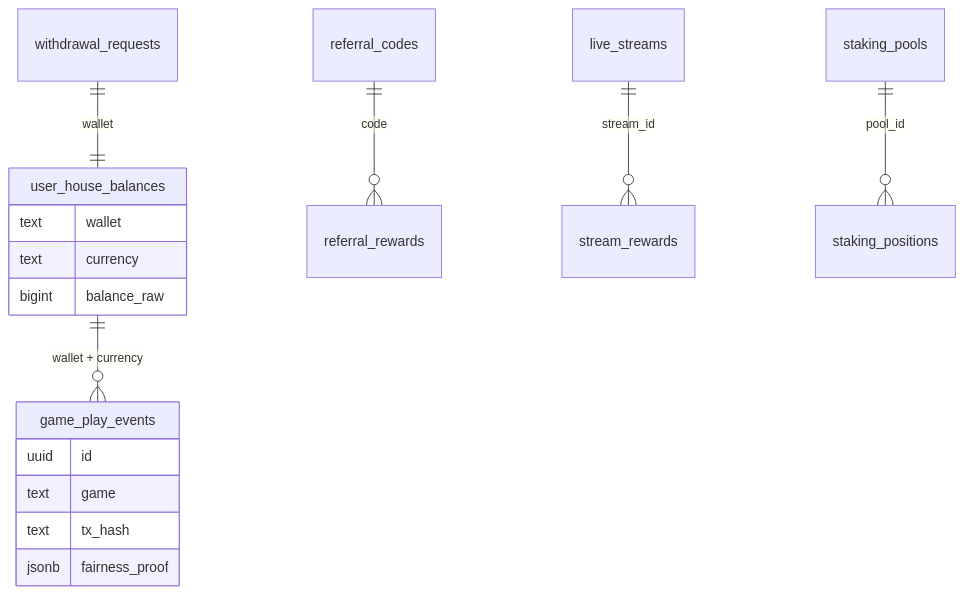
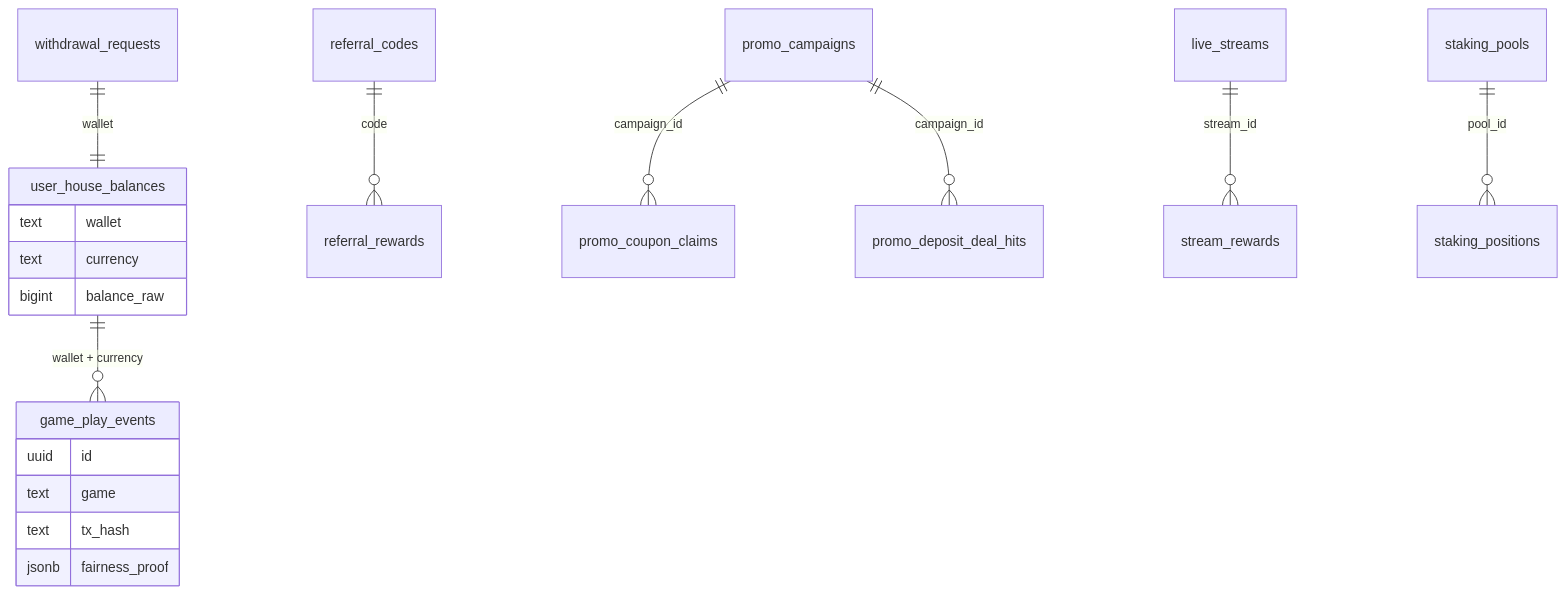
The first of 2 diagrams in supabase/README.md (AmaanSayyad/apt-casino), drawn with Mermaid before and after one commit. The commit also changed other lines of this file and 14 other files, not shown here.

First line of the commit message:
Refresh docs and Mermaid diagrams for promotions release.

````diff
--- a/supabase/README.md
+++ b/supabase/README.md
@@ -7,19 +7,21 @@
 ```mermaid
 erDiagram
     user_house_balances ||--o{ game_play_events : "wallet + currency"
     user_house_balances {
         text wallet
         text currency
         bigint balance_raw
     }
     game_play_events {
         uuid id
         text game
         text tx_hash
         jsonb fairness_proof
     }
     withdrawal_requests ||--|| user_house_balances : wallet
     referral_codes ||--o{ referral_rewards : code
+    promo_campaigns ||--o{ promo_coupon_claims : campaign_id
+    promo_campaigns ||--o{ promo_deposit_deal_hits : campaign_id
     live_streams ||--o{ stream_rewards : stream_id
     staking_pools ||--o{ staking_positions : pool_id
 ```
````
